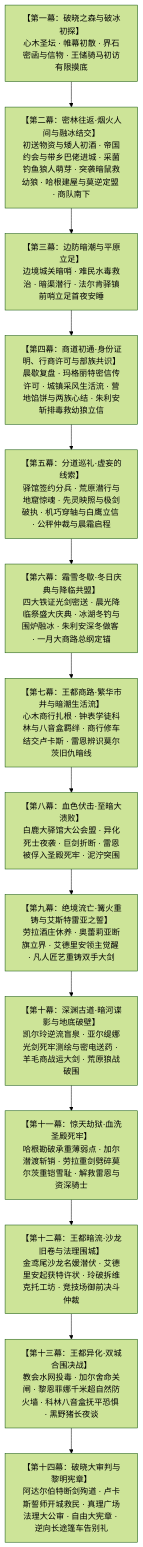
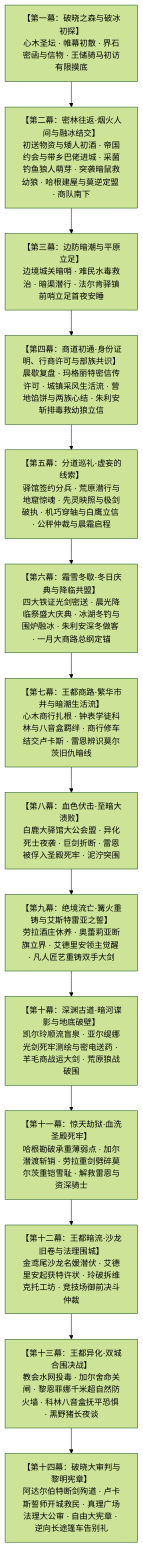
Before and after one commit to soranokiseki1437/eldoria-worldbook: the diagram in 方案/第二部/README.md, drawn with Mermaid (forest theme). The commit also changed other lines of this file and 31 other files, not shown here.

````diff
--- a/方案/第二部/README.md
+++ b/方案/第二部/README.md
@@ -11,19 +11,19 @@
 ```mermaid
 graph TD
     M1["【第一幕：破晓之森与破冰初探】<br/>心木圣坛 · 帷幕初散 · 界石密函与信物 · 王储骑马初访有限摸底"]
     M2["【第二幕：密林往返·烟火人间与融冰结交】<br/>初送物资与矮人初酒 · 帝国约会与带乡巴佬进城 · 采菌钓鱼狼人萌芽 · 突袭暗鼠救幼狼 · 哈根建屋与莫逆定盟 · 商队南下"]
     M3["【第三幕：边防暗潮与平原立足】<br/>边境城关暗哨 · 难民水毒救治 · 暗渠潜行 · 法尔肯驿镇前哨立足首夜安睡"]
     M4["【第四幕：商道初通·身份证明、行商许可与部族共识】<br/>晨歇复盘 · 玛格丽特密信传许可 · 城镇采风生活流 · 营地馅饼与两族心结 · 朱利安斩排毒救幼狼立信"]
     M5["【第五幕：分道巡礼·虚妄的线索】<br/>驿馆签约分兵 · 荒原潜行与地窟惊魂 · 先灵映照与极剑破执 · 机巧穿轴与白鹰立信 · 公秤仲裁与晨霜启程"]
     M6["【第六幕：霜雪冬歇·冬日庆典与降临共盟】<br/>四大铁证光剑密送 · 晨光降临祭盛大庆典 · 冰湖冬钓与围炉融冰 · 朱利安深冬做客 · 一月大商路总纲定锚"]
     M7["【第七幕：王都商路·繁华市井与暗潮生活流】<br/>心木商行扎根 · 钟表学徒科林与八音盒羁绊 · 商行修车结交卢卡斯 · 雷恩辨识莫尔茨旧仇暗线"]
     M8["【第八幕：血色伏击·至暗大溃败】<br/>白鹿大驿馆大公会盟 · 异化死士夜袭 · 巨剑折断 · 雷恩被俘入圣殿死牢 · 泥泞突围"]
     M9["【第九幕：绝境流亡·篝火重铸与艾斯特雷亚之誓】<br/>劳拉酒庄休养 · 奥蕾莉亚断旗立界 · 艾德里安领主觉醒 · 凡人匠艺重铸双手大剑"]
-    M10["【第十幕：深渊古道·暗河谍影与地底破壁】<br/>凯尔玲逆流盲泉 · 亚尔缇娜光剑死牢测绘与密电送药 · 羊毛商战运大剑 · 荒原狼战破围"]
+    M10["【第十幕：深渊古道·暗河谍影与地底破壁】<br/>凯尔玲顺流盲泉 · 亚尔缇娜光剑死牢测绘与密电送药 · 羊毛商战运大剑 · 荒原狼战破围"]
     M11["【第十一幕：惊天劫狱·血洗圣殿死牢】<br/>哈根勘破承重薄弱点 · 加尔潜渡斩销 · 劳拉重剑劈碎莫尔茨重铠雪耻 · 解救雷恩与资深骑士"]
     M12["【第十二幕：王都暗流·沙龙旧卷与法理围城】<br/>金鸢尾沙龙名媛潜伏 · 艾德里安起获特许状 · 玲破拆维克托工坊 · 竞技场御前决斗仲裁"]
     M13["【第十三幕：王都异化·双城合围决战】<br/>教会水网投毒 · 加尔舍命关闸 · 黎恩菲娜千米超自然防火墙 · 科林八音盒抚平恐惧 · 黑野猪长夜谈"]
     M14["【第十四幕：破晓大审判与黎明宪章】<br/>阿达尔伯特断剑殉道 · 卢卡斯誓师开城救民 · 真理广场法理大公审 · 自由大宪章 · 逆向长途篷车告别礼"]
 
     M1 --> M2 --> M3 --> M4 --> M5 --> M6 --> M7 --> M8 --> M9 --> M10 --> M11 --> M12 --> M13 --> M14
 ```
````
